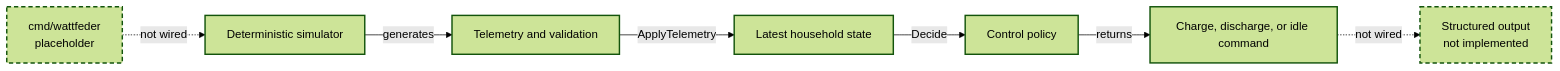
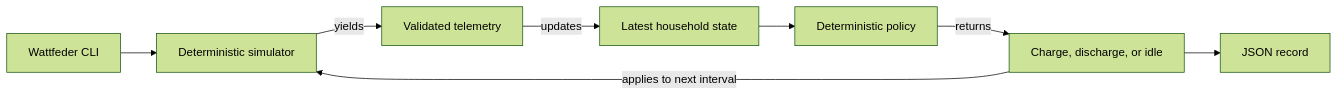
The diagram in README.md (Stewz00/Wattfeder), drawn with Mermaid (forest theme) before and after one commit. The commit also changed other lines of this file and 12 other files, not shown here.

````diff
--- a/README.md
+++ b/README.md
@@ -21,22 +23,10 @@
 ```mermaid
 flowchart LR
-    CLI["cmd/wattfeder<br/>placeholder"]
-    Simulator["Deterministic simulator"]
-    Telemetry["Telemetry and validation"]
-    State["Latest household state"]
-    Policy["Control policy"]
-    Command["Charge, discharge, or idle command"]
-    Output["Structured output<br/>not implemented"]
-
-    CLI -. "not wired" .-> Simulator
-    Simulator -->|generates| Telemetry
-    Telemetry -->|ApplyTelemetry| State
-    State -->|Decide| Policy
-    Policy -->|returns| Command
-    Command -. "not wired" .-> Output
-
-    class Simulator,Telemetry,State,Policy,Command implemented
-    class CLI,Output pending
-    classDef implemented stroke-width:2px
-    classDef pending stroke-width:2px,stroke-dasharray:6 4
+    CLI["Wattfeder CLI"] --> Simulator["Deterministic simulator"]
+    Simulator -->|yields| Telemetry["Validated telemetry"]
+    Telemetry -->|updates| State["Latest household state"]
+    State --> Policy["Deterministic policy"]
+    Policy -->|returns| Command["Charge, discharge, or idle"]
+    Command -->|applies to next interval| Simulator
+    Command --> Output["JSON record"]
 ```
````
